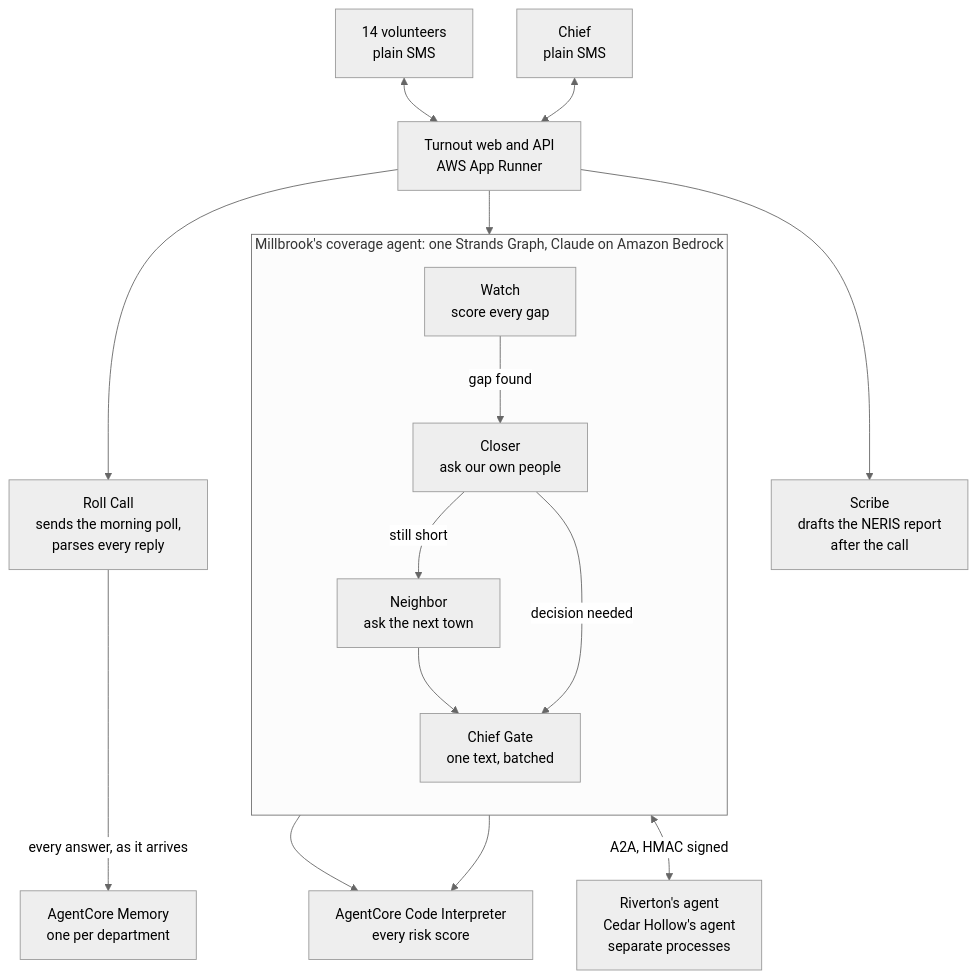
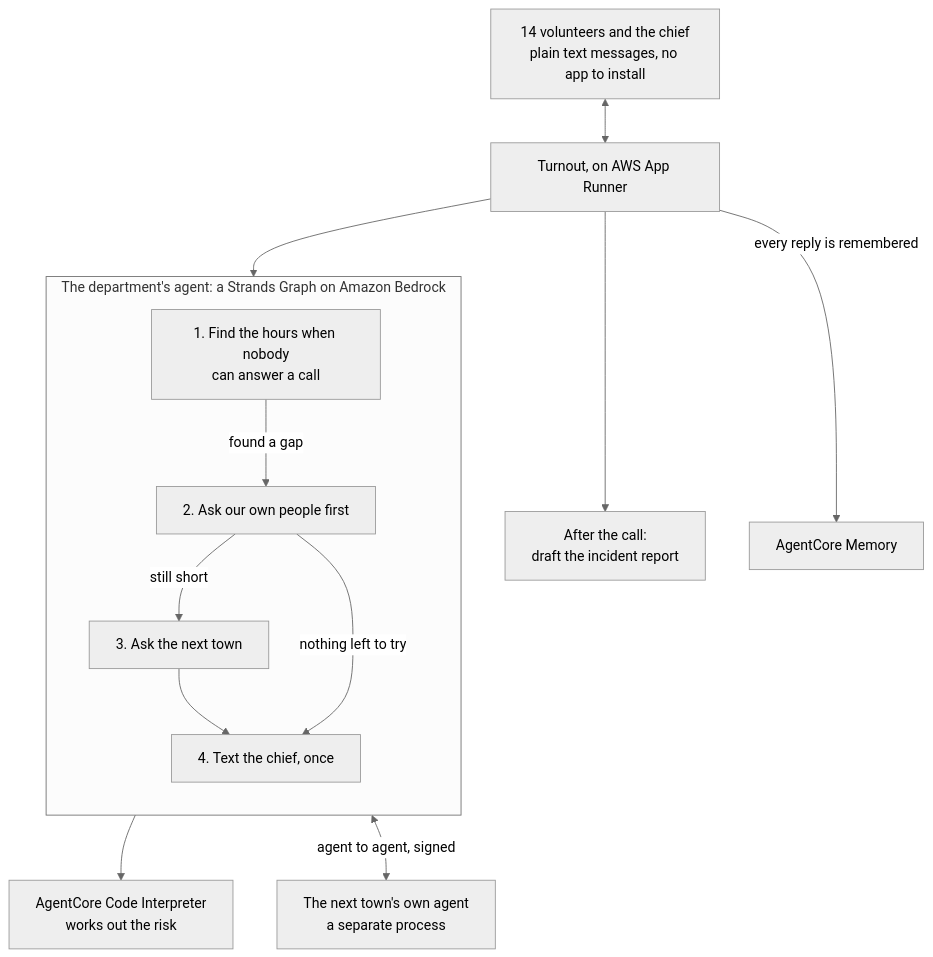
Before and after one commit to usv240/turnout: the diagram in README.md, drawn with Mermaid.

First paragraph of the commit message:
Make the architecture diagram simple, and stop it claiming an agent that never runs
Two problems, one of them serious.

````diff
--- a/README.md
+++ b/README.md
@@ -62,23 +62,24 @@
 ```mermaid
 %%{init: {'theme': 'neutral'}}%%
 flowchart TB
-  VOL["14 volunteers<br/>plain SMS"] <--> API
-  CHIEF["Chief<br/>plain SMS"] <--> API
-  API["Turnout web and API<br/>AWS App Runner"]
-  API --> ROLL["Roll Call<br/>sends the morning poll,<br/>parses every reply"]
-  API --> WATCH
-  API --> SCRIBE["Scribe<br/>drafts the NERIS report<br/>after the call"]
-  ROLL -->|"every answer, as it arrives"| MEM["AgentCore Memory<br/>one per department"]
+  PEOPLE["14 volunteers and the chief<br/>plain text messages, no app to install"] <--> APP
+  APP["Turnout, on AWS App Runner"]
+  APP --> STEP1
+  APP --> SCRIBE["After the call:<br/>draft the incident report"]
+  APP -->|"every reply is remembered"| MEM["AgentCore Memory"]
 
-  subgraph DEPT["Millbrook's coverage agent: one Strands Graph, Claude on Amazon Bedrock"]
+  subgraph AGENT["The department's agent: a Strands Graph on Amazon Bedrock"]
     direction TB
-    WATCH["Watch<br/>score every gap"] -->|"gap found"| CLOSER["Closer<br/>ask our own people"]
-    CLOSER -->|"still short"| NEIGHBOR["Neighbor<br/>ask the next town"]
-    NEIGHBOR --> GATE["Chief Gate<br/>one text, batched"]
-    CLOSER -->|"decision needed"| GATE
+    STEP1["1. Find the hours when nobody<br/>can answer a call"]
+    STEP2["2. Ask our own people first"]
+    STEP3["3. Ask the next town"]
+    STEP4["4. Text the chief, once"]
+    STEP1 -->|"found a gap"| STEP2
+    STEP2 -->|"still short"| STEP3
+    STEP3 --> STEP4
+    STEP2 -->|"nothing left to try"| STEP4
   end
 
-  WATCH --> CODE["AgentCore Code Interpreter<br/>every risk score"]
-  CLOSER --> CODE
-  NEIGHBOR <-->|"A2A, HMAC signed"| PEERS["Riverton's agent<br/>Cedar Hollow's agent<br/>separate processes"]
+  STEP1 --> CODE["AgentCore Code Interpreter<br/>works out the risk"]
+  STEP3 <-->|"agent to agent, signed"| PEER["The next town's own agent<br/>a separate process"]
 ```
````
